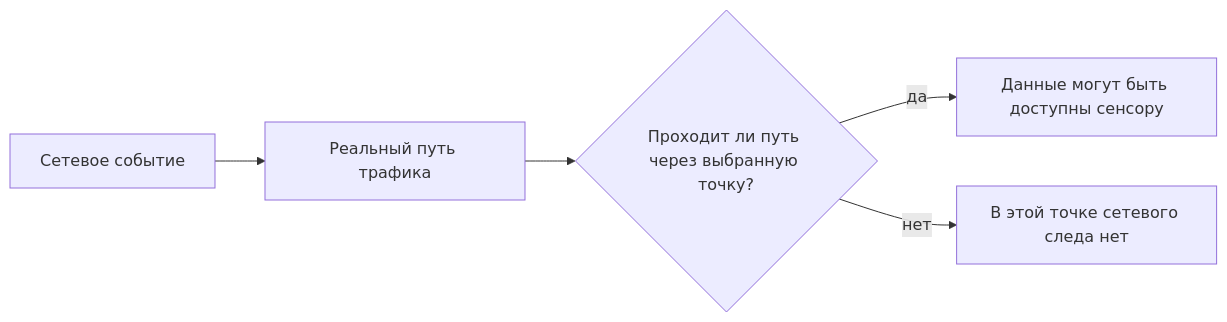
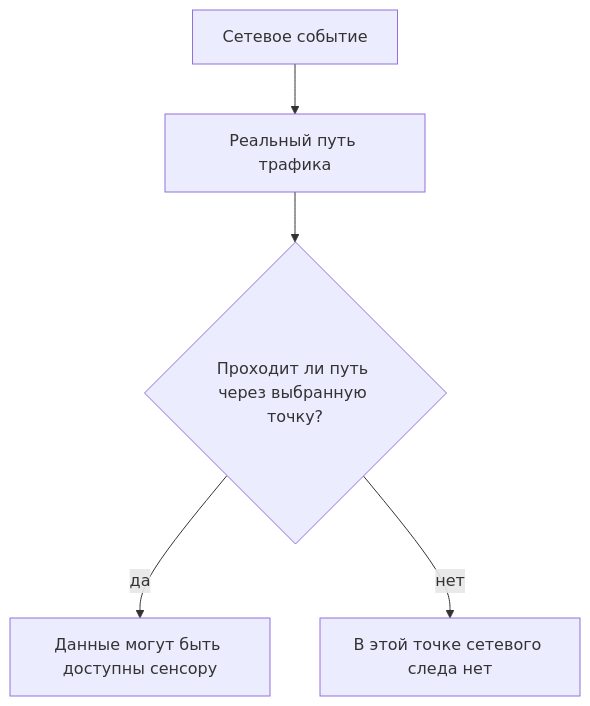
One commit to 11ndra/spvo changed the diagram in docs/course/04-detection-methods.md. Above: the diagram before and after it, drawn with Mermaid. The commit also changed 11 other files, not shown here.

````diff
--- a/docs/course/04-detection-methods.md
+++ b/docs/course/04-detection-methods.md
@@ -21,7 +21,11 @@
 ```mermaid
-flowchart LR
+flowchart TB
     E["Сетевое событие"] --> P["Реальный путь трафика"]
     P --> Q{"Проходит ли путь через выбранную точку?"}
     Q -->|да| D["Данные могут быть доступны сенсору"]
     Q -->|нет| N["В этой точке сетевого следа нет"]
+    class E,P mm-source
+    class Q mm-observation
+    class D mm-analysis
+    class N mm-result
 ```
````
